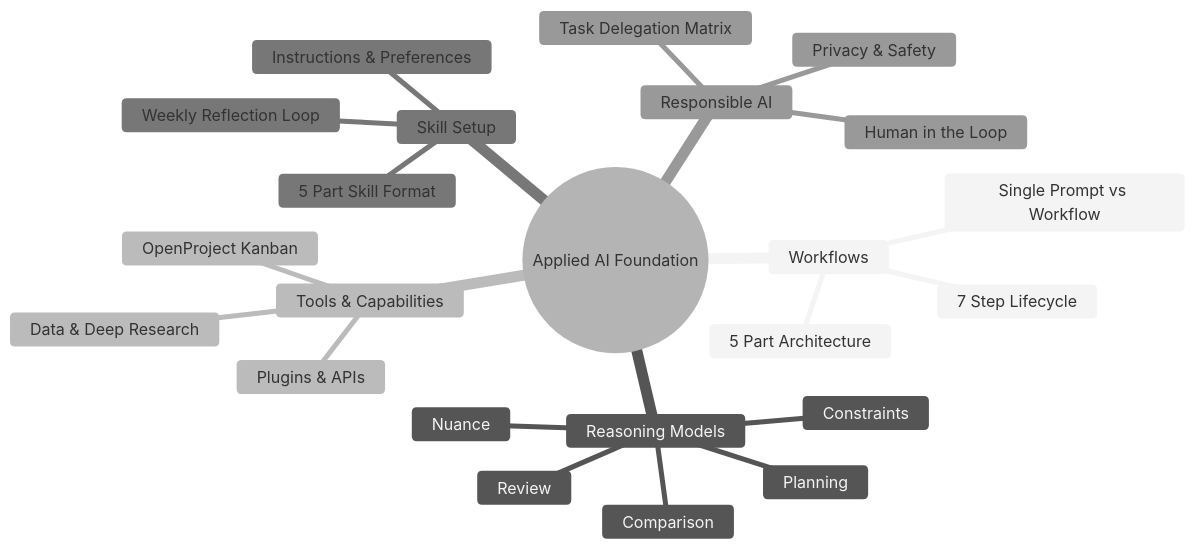
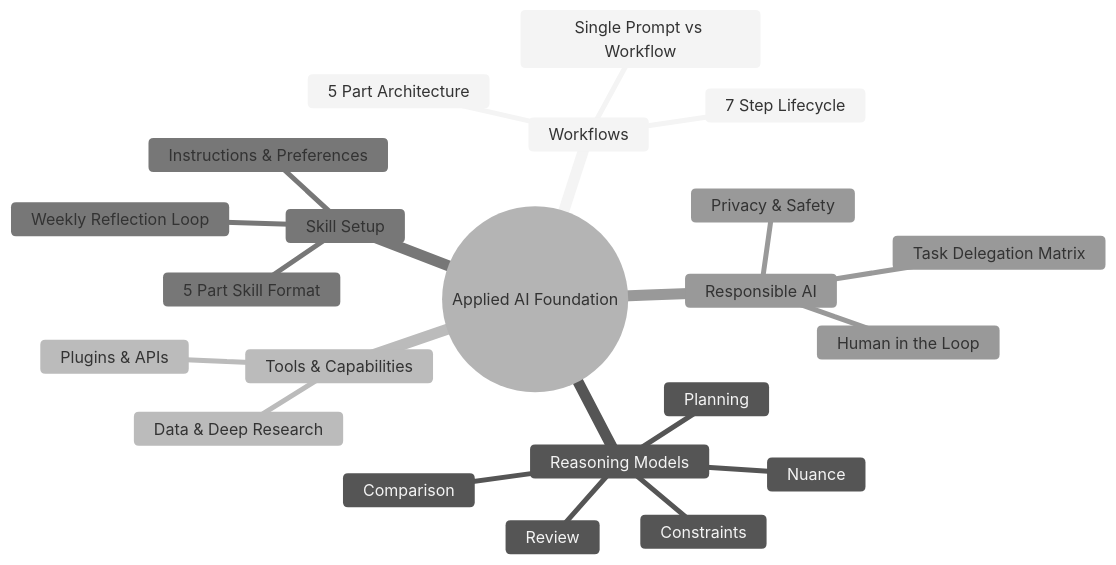
The first of 2 diagrams in Open AI Academy/Open AI Foundation 2/README.md (Praveenkumar-dev-art/certificates-and-others), drawn with Mermaid (neutral theme) before and after one commit.

Commit message:
Remove OpenProject Kanban from README
Removed 'OpenProject Kanban' from Tools & Capabilities section.

````diff
--- a/Open AI Academy/Open AI Foundation 2/README.md
+++ b/Open AI Academy/Open AI Foundation 2/README.md
@@ -57,26 +57,25 @@
 ```mermaid
 mindmap
   root((Applied AI Foundation))
     Workflows
       7 Step Lifecycle
       5 Part Architecture
       Single Prompt vs Workflow
     Reasoning Models
       Planning
       Constraints
       Comparison
       Nuance
       Review
     Tools & Capabilities
       Plugins & APIs
-      OpenProject Kanban
       Data & Deep Research
     Skill Setup
       Instructions & Preferences
       5 Part Skill Format
       Weekly Reflection Loop
     Responsible AI
       Privacy & Safety
       Human in the Loop
       Task Delegation Matrix
 ```
````
